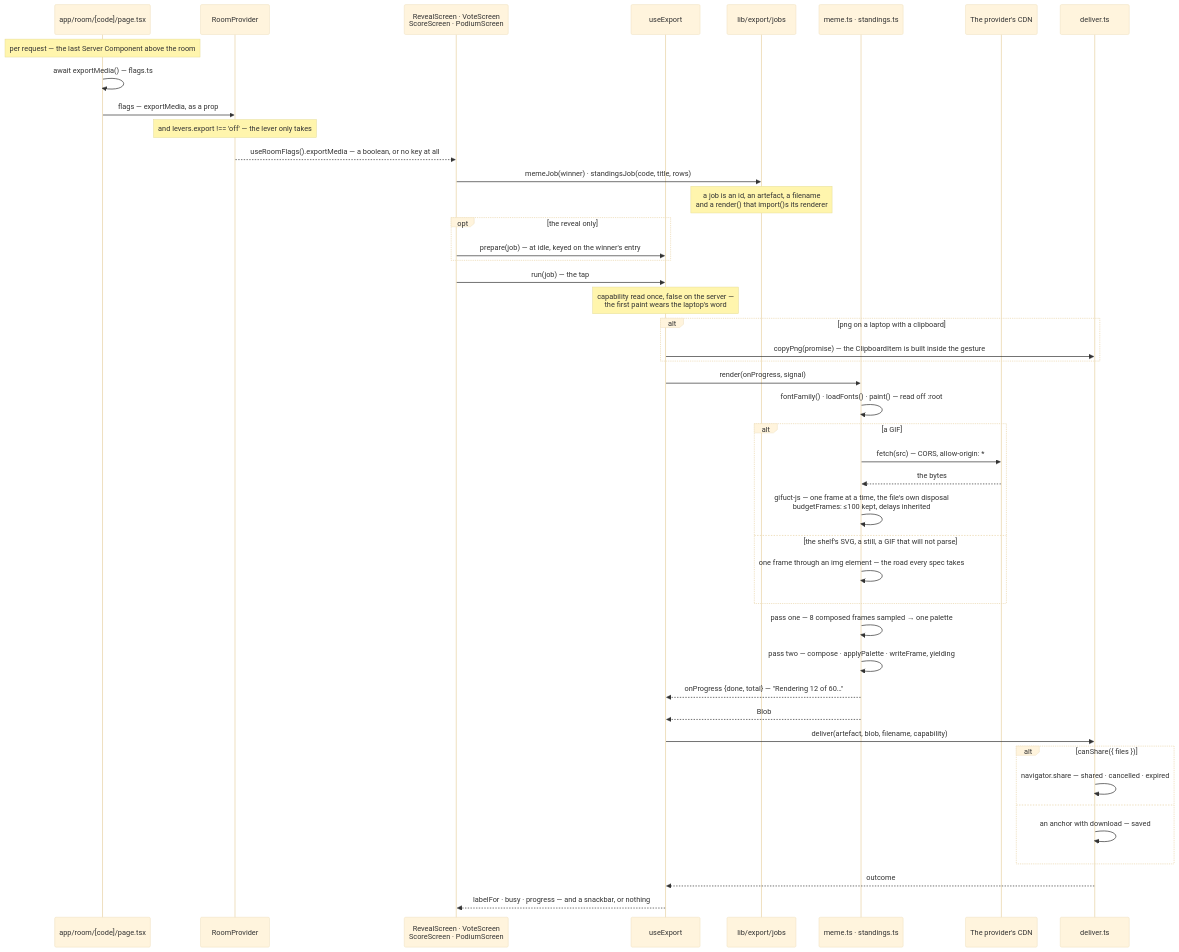
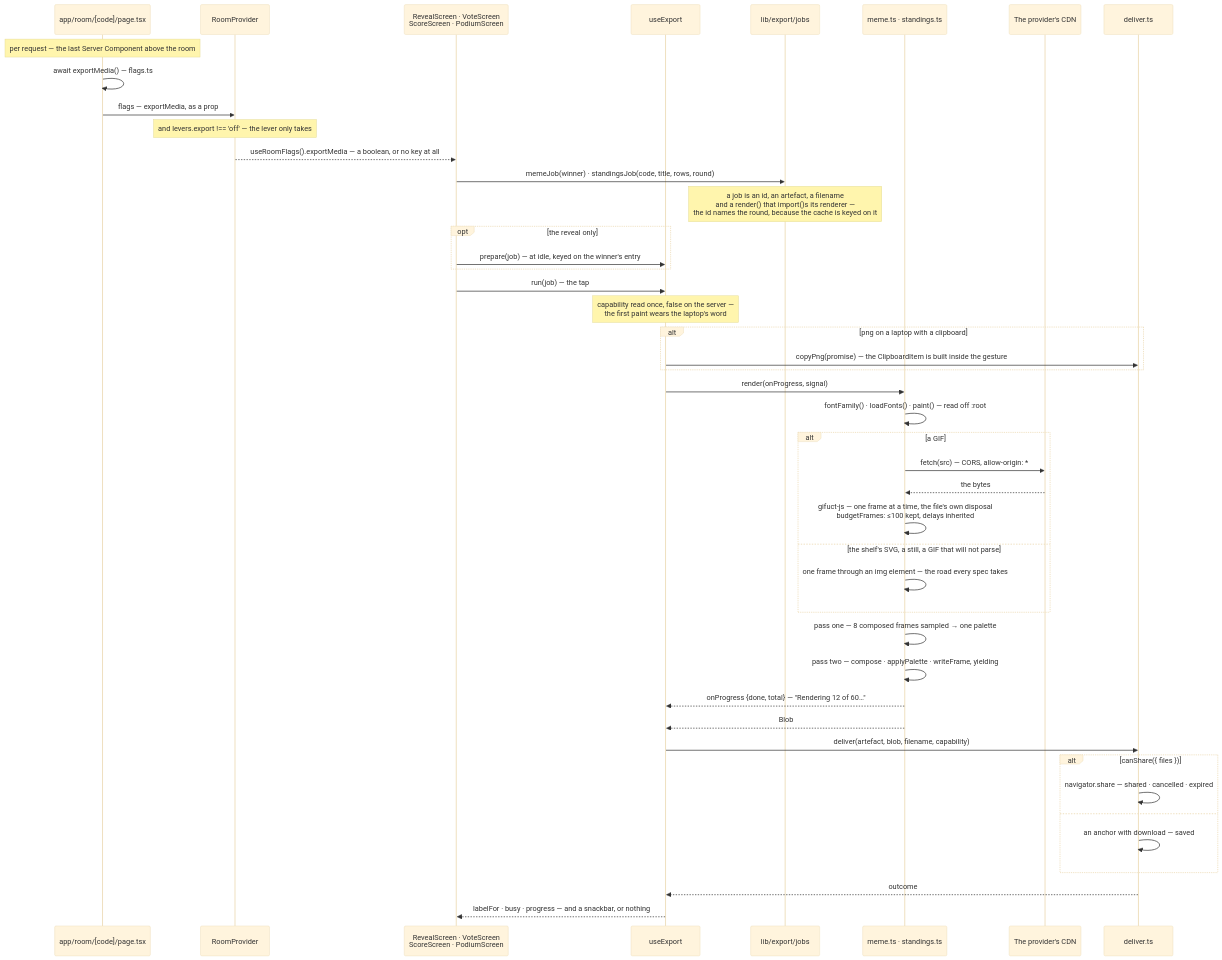
Before and after one commit to Jmeza081/captionist: diagram 14 of 14 in docs/architecture.md, drawn with Mermaid (base theme). The commit also changed other lines of this file and 40 other files, not shown here.

````diff
--- a/docs/architecture.md
+++ b/docs/architecture.md
@@ -3782,50 +3911,50 @@
 ```mermaid
 sequenceDiagram
   participant N as app/room/[code]/page.tsx
   participant P as RoomProvider
   participant S as RevealScreen · VoteScreen<br/>ScoreScreen · PodiumScreen
   participant X as useExport
   participant J as lib/export/jobs
   participant R as meme.ts · standings.ts
   participant C as The provider's CDN
   participant D as deliver.ts
 
   Note over N: per request — the last Server Component above the room
   N->>N: await exportMedia() — flags.ts
   N->>P: flags — exportMedia, as a prop
   Note over P: and levers.export !== 'off' — the lever only takes
   P-->>S: useRoomFlags().exportMedia — a boolean, or no key at all
 
-  S->>J: memeJob(winner) · standingsJob(code, title, rows)
-  Note over J: a job is an id, an artefact, a filename<br/>and a render() that import()s its renderer
+  S->>J: memeJob(winner) · standingsJob(code, title, rows, round)
+  Note over J: a job is an id, an artefact, a filename<br/>and a render() that import()s its renderer —<br/>the id names the round, because the cache is keyed on it
   opt the reveal only
     S->>X: prepare(job) — at idle, keyed on the winner's entry
   end
   S->>X: run(job) — the tap
   Note over X: capability read once, false on the server —<br/>the first paint wears the laptop's word
 
   alt png on a laptop with a clipboard
     X->>D: copyPng(promise) — the ClipboardItem is built inside the gesture
   end
   X->>R: render(onProgress, signal)
   R->>R: fontFamily() · loadFonts() · paint() — read off :root
   alt a GIF
     R->>C: fetch(src) — CORS, allow-origin: *
     C-->>R: the bytes
     R->>R: gifuct-js — one frame at a time, the file's own disposal<br/>budgetFrames: ≤100 kept, delays inherited
   else the shelf's SVG, a still, a GIF that will not parse
     R->>R: one frame through an img element — the road every spec takes
   end
   R->>R: pass one — 8 composed frames sampled → one palette
   R->>R: pass two — compose · applyPalette · writeFrame, yielding
   R-->>X: onProgress {done, total} — "Rendering 12 of 60…"
   R-->>X: Blob
   X->>D: deliver(artefact, blob, filename, capability)
   alt canShare({ files })
     D->>D: navigator.share — shared · cancelled · expired
   else
     D->>D: an anchor with download — saved
   end
   D-->>X: outcome
   X-->>S: labelFor · busy · progress — and a snackbar, or nothing
 ```
````
